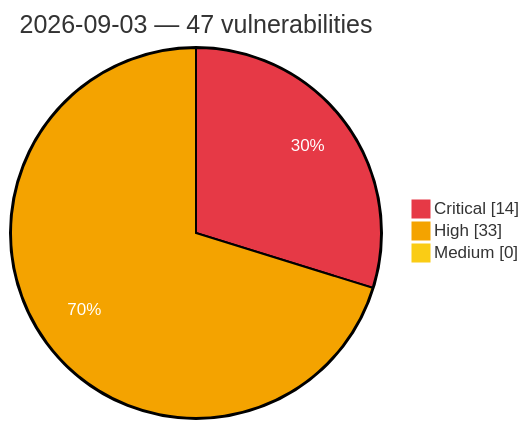
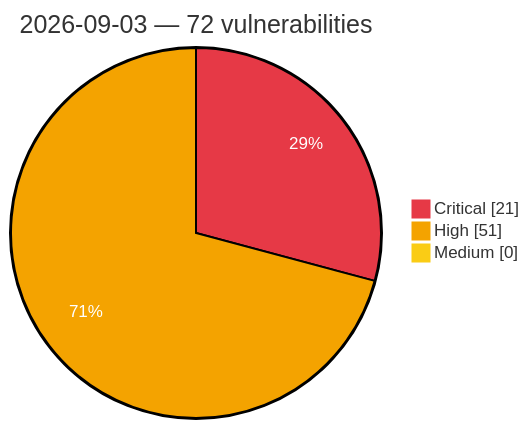
Before and after one commit to GhostX0X/vuln-tracker: the diagram in vulnerabilities/2026/September/2026-09-03.md, drawn with Mermaid. The commit also changed other lines of this file and 5 other files, not shown here.

Commit message:
Auto update: critical/high vulns (2026-09-03 22:46 UTC)

````diff
--- a/vulnerabilities/2026/September/2026-09-03.md
+++ b/vulnerabilities/2026/September/2026-09-03.md
@@ -3,8 +3,8 @@
 ```mermaid
 %%{init: {'theme':'base', 'themeVariables': {'pie1':'#e63946', 'pie2':'#f4a300', 'pie3':'#facc15', 'pieOpacity':'1', 'pieOuterStrokeWidth':'2px', 'pieSectionTextColor':'#ffffff'}}}%%
 pie showData
-    title 2026-09-03 — 47 vulnerabilities
-    "Critical" : 14
-    "High" : 33
+    title 2026-09-03 — 72 vulnerabilities
+    "Critical" : 21
+    "High" : 51
     "Medium" : 0
 ```
````
